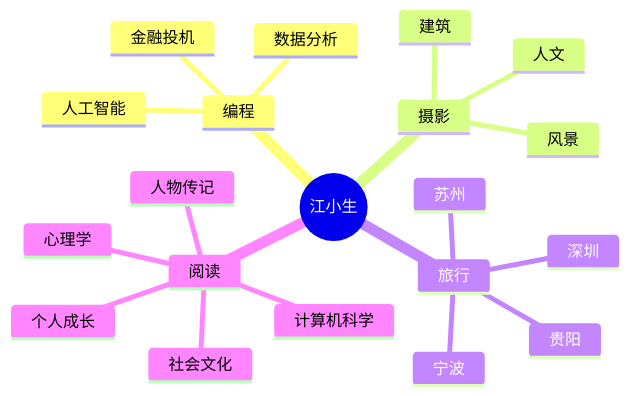
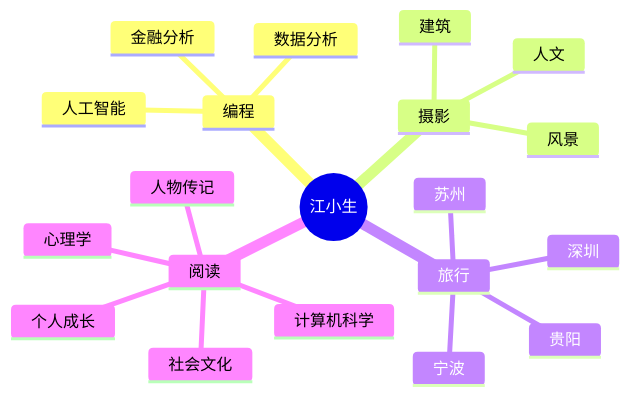
Before and after one commit to onecany/onecany: the diagram in README.md, drawn with Mermaid.

Commit message:
更新 README.md

````diff
--- a/README.md
+++ b/README.md
@@ -52,23 +52,23 @@
 ```mermaid
 mindmap
   root((江小生))
     编程
-      金融投机
+      金融分析
       数据分析
       人工智能
     摄影
       人文
       建筑
       风景
     旅行
       苏州
       深圳
       贵阳
       宁波
     阅读
       人物传记
       个人成长
       社会文化
       心理学
       计算机科学
 ```
````
